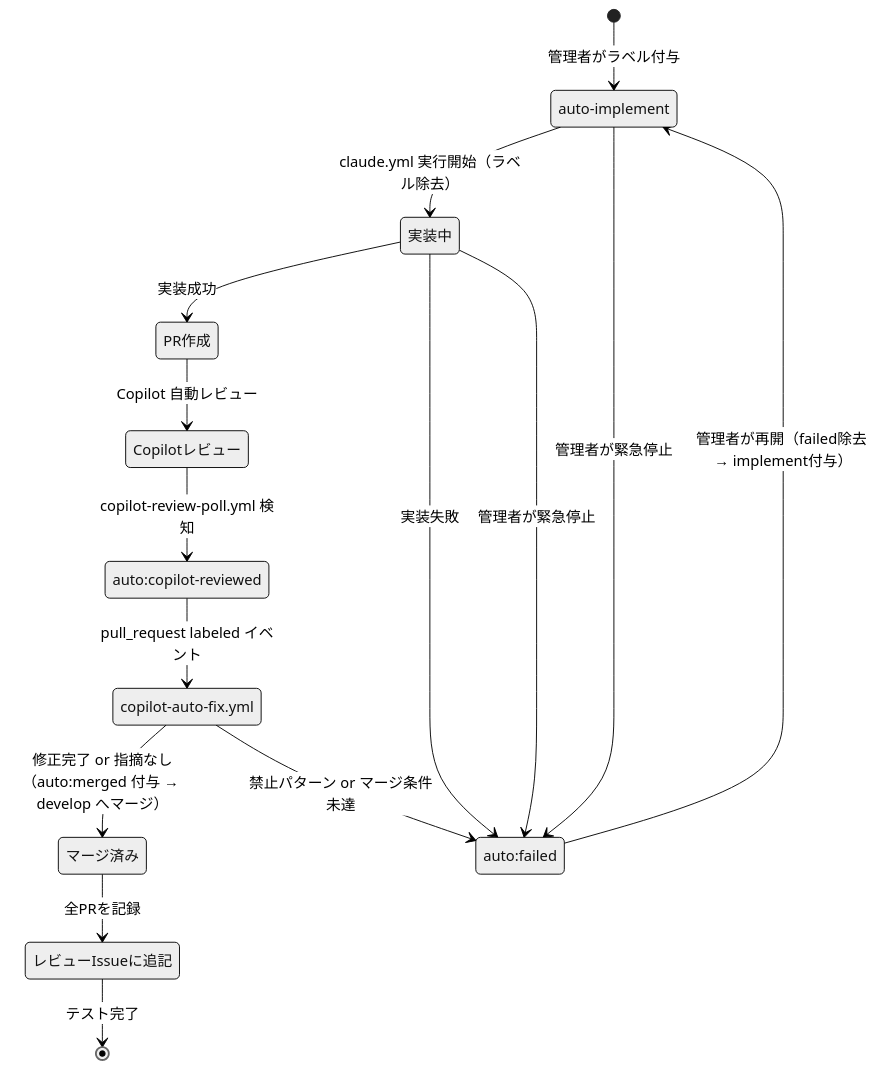
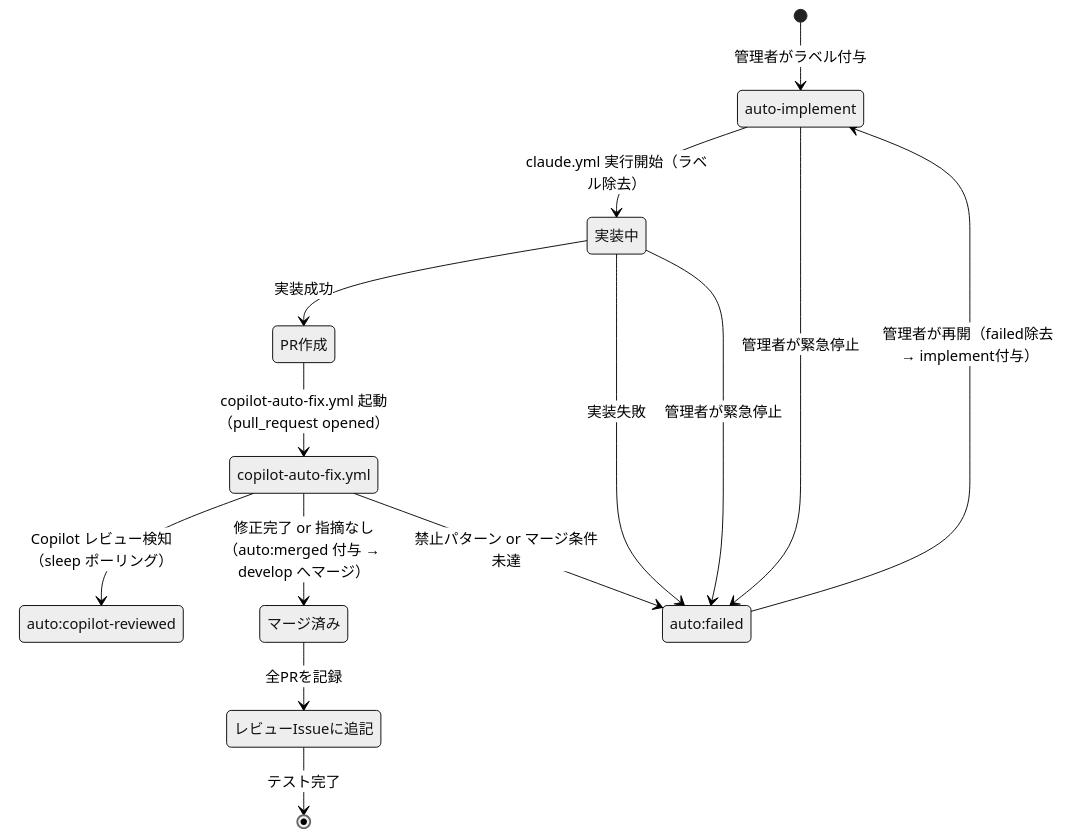
Before and after one commit to becky3/learning-companion: the third of 4 diagrams in docs/specs/auto-progress.md, drawn with Mermaid (neutral theme). The commit also changed other lines of this file and 1 other file, not shown here.

Commit message:
docs(pre-impl): copilot-auto-fix 仕様書を sleep ポーリング方式に改訂 (#386)

````diff
--- a/docs/specs/auto-progress.md
+++ b/docs/specs/auto-progress.md
@@ -267,26 +266,25 @@
 ```mermaid
 stateDiagram-v2
     [*] --> auto_implement: 管理者がラベル付与
     auto_implement --> 実装中: claude.yml 実行開始（ラベル除去）
     実装中 --> PR作成: 実装成功
     実装中 --> auto_failed: 実装失敗
 
-    PR作成 --> Copilotレビュー: Copilot 自動レビュー
-    Copilotレビュー --> copilot_reviewed: copilot-review-poll.yml 検知
-    copilot_reviewed --> copilot_auto_fix: pull_request labeled イベント
+    PR作成 --> copilot_auto_fix: copilot-auto-fix.yml 起動（pull_request opened）
+    copilot_auto_fix --> copilot_reviewed: Copilot レビュー検知（sleep ポーリング）
     copilot_auto_fix --> マージ済み: 修正完了 or 指摘なし（auto:merged 付与 → develop へマージ）
     copilot_auto_fix --> auto_failed: 禁止パターン or マージ条件未達
 
     マージ済み --> review_issue: 全PRを記録
     review_issue --> [*]: テスト完了
 
     auto_implement --> auto_failed: 管理者が緊急停止
     実装中 --> auto_failed: 管理者が緊急停止
     auto_failed --> auto_implement: 管理者が再開（failed除去 → implement付与）
 
     state "auto-implement" as auto_implement
     state "auto:failed" as auto_failed
     state "auto:copilot-reviewed" as copilot_reviewed
     state "copilot-auto-fix.yml" as copilot_auto_fix
     state "レビューIssueに追記" as review_issue
 ```
````
